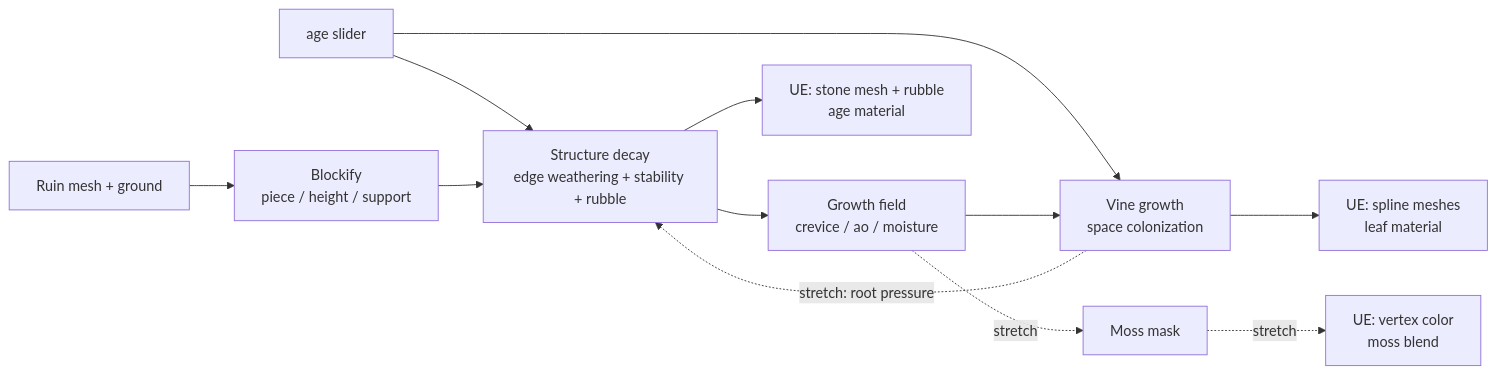
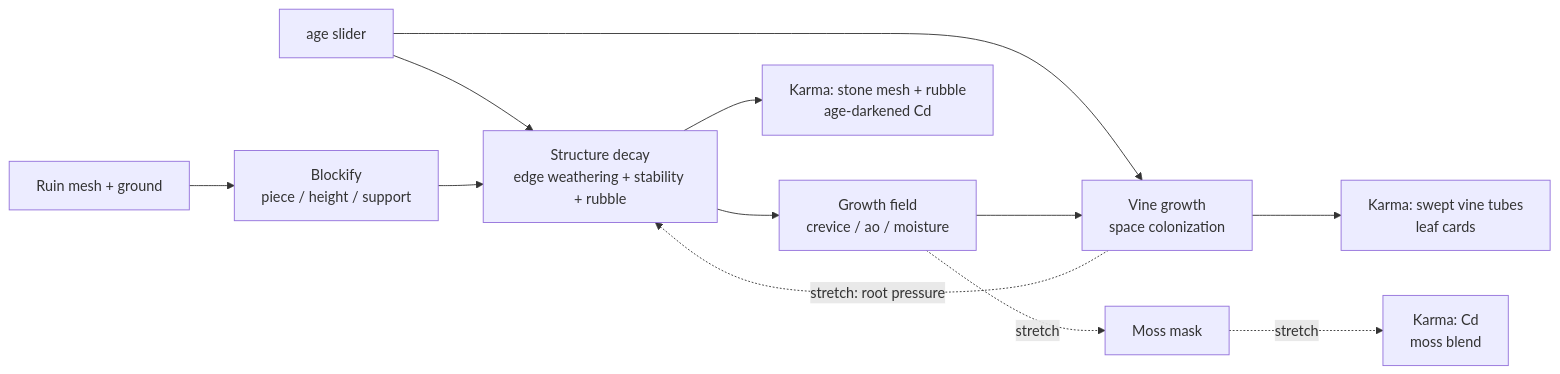
One commit to CIS-5660-Fall-2026/final-project changed the diagram in design-doc.md. Above: the diagram before and after it, drawn with Mermaid. The commit also changed other lines of this file and 6 other files, not shown here.

````diff
--- a/design-doc.md
+++ b/design-doc.md
@@ -127,14 +131,14 @@
 ```mermaid
 flowchart LR
     A[Ruin mesh + ground] --> B[Blockify\npiece / height / support]
     AGE[age slider] --> C
     AGE --> E
     B --> C[Structure decay\nedge weathering + stability + rubble]
     C --> D[Growth field\ncrevice / ao / moisture]
     D --> E[Vine growth\nspace colonization]
     D -. stretch .-> F[Moss mask]
     E -. stretch: root pressure .-> C
-    C --> G[UE: stone mesh + rubble\nage material]
-    E --> H[UE: spline meshes\nleaf material]
-    F -. stretch .-> I[UE: vertex color\nmoss blend]
+    C --> G[Karma: stone mesh + rubble\nage-darkened Cd]
+    E --> H[Karma: swept vine tubes\nleaf cards]
+    F -. stretch .-> I[Karma: Cd\nmoss blend]
 ```
````
